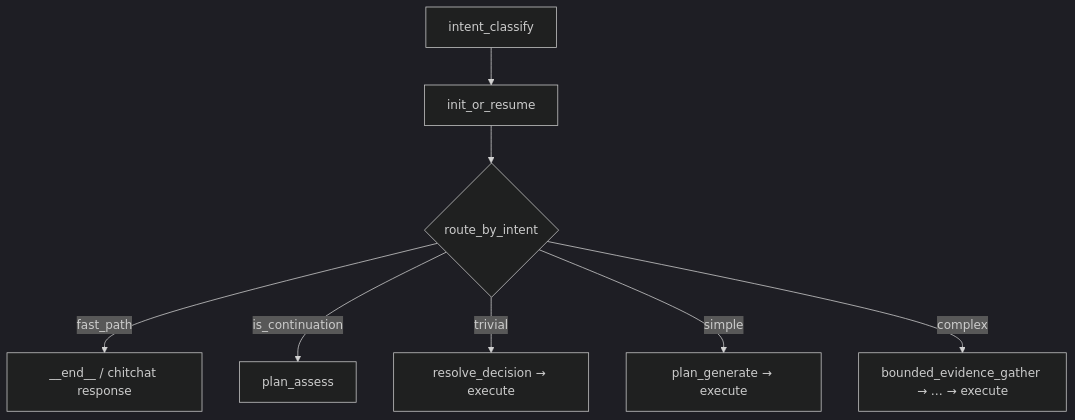
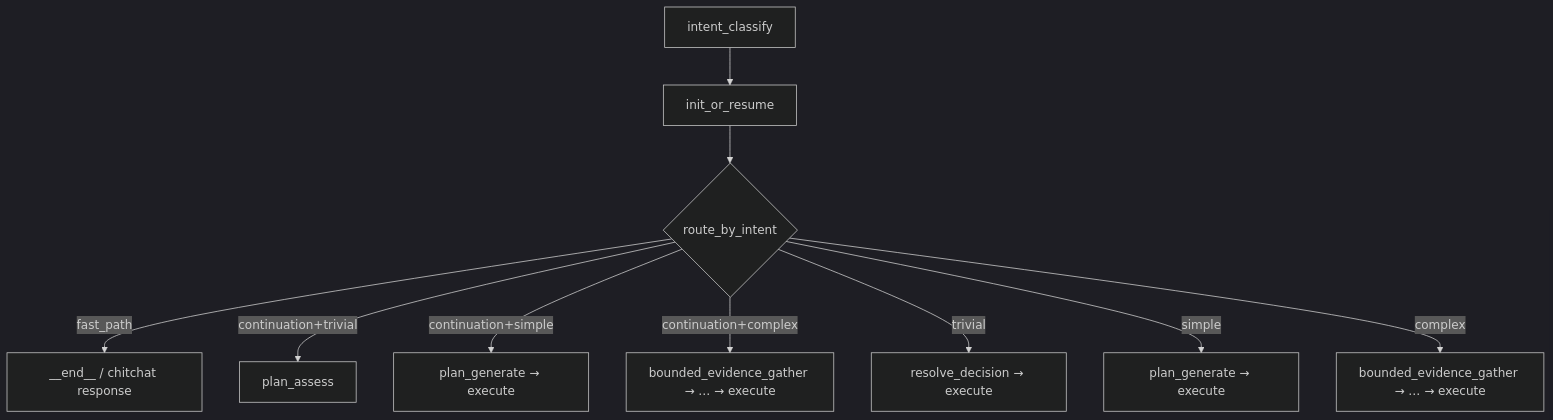
Before and after one commit to OpenSoothe/soothe: the diagram in docs/diagrams/strange_loop_graph_nodes.md, drawn with Mermaid (dark theme). The commit also changed other lines of this file and 17 other files, not shown here.

````diff
--- a/docs/diagrams/strange_loop_graph_nodes.md
+++ b/docs/diagrams/strange_loop_graph_nodes.md
@@ -34,10 +36,12 @@
 ```mermaid
 flowchart TD
     IC[intent_classify] --> IOR[init_or_resume]
     IOR --> R{route_by_intent}
     R -->|fast_path| END1[__end__ / chitchat response]
-    R -->|is_continuation| PA[plan_assess]
+    R -->|continuation+trivial| PA[plan_assess]
+    R -->|continuation+simple| PG[plan_generate → execute]
+    R -->|continuation+complex| BEG[bounded_evidence_gather → … → execute]
     R -->|trivial| RD[resolve_decision → execute]
-    R -->|simple| PG[plan_generate → execute]
-    R -->|complex| BEG[bounded_evidence_gather → … → execute]
+    R -->|simple| PG2[plan_generate → execute]
+    R -->|complex| BEG2[bounded_evidence_gather → … → execute]
 ```
````
